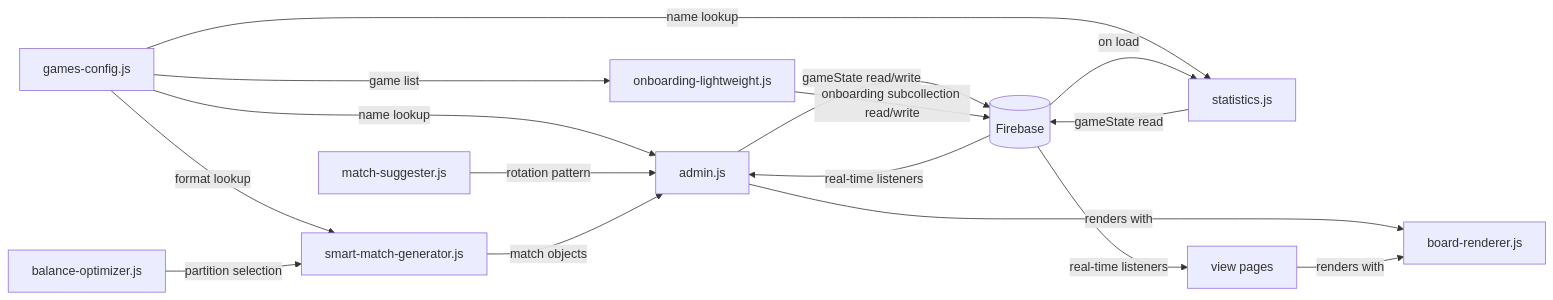
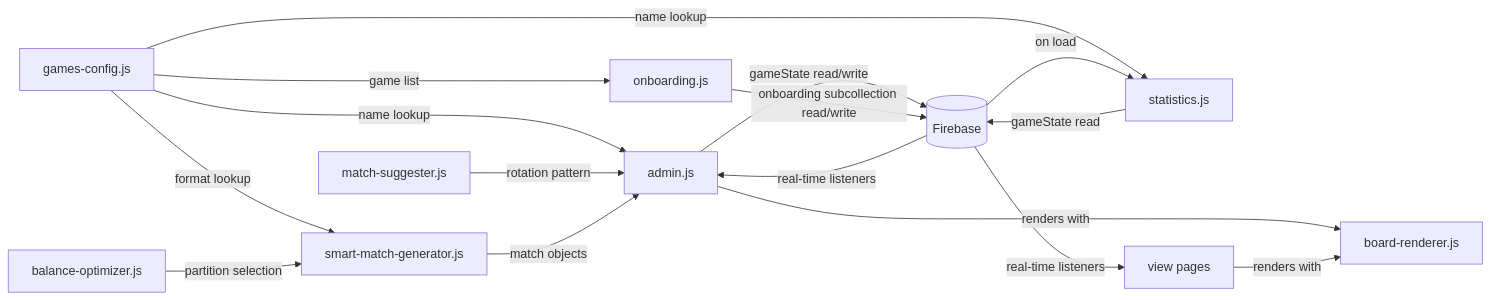
One commit to LNiitlahti/BoardGame changed the fourth of 5 diagrams in BoardGame/docs/architecture/cross-system.md. Above: the diagram before and after it, drawn with Mermaid. The commit also changed other lines of this file and 11 other files, not shown here.

````diff
--- a/BoardGame/docs/architecture/cross-system.md
+++ b/BoardGame/docs/architecture/cross-system.md
@@ -90,22 +90,22 @@
 ```mermaid
 graph LR
     GC[games-config.js] -->|format lookup| SMG[smart-match-generator.js]
     GC -->|name lookup| ADM[admin.js]
     GC -->|name lookup| ST[statistics.js]
-    GC -->|game list| OB[onboarding-lightweight.js]
+    GC -->|game list| OB[onboarding.js]
 
     BO[balance-optimizer.js] -->|partition selection| SMG
     MS[match-suggester.js] -->|rotation pattern| ADM
 
     SMG -->|match objects| ADM
     ADM -->|gameState read/write| FB[(Firebase)]
     ST -->|gameState read| FB
     OB -->|onboarding subcollection read/write| FB
 
     FB -->|real-time listeners| ADM
     FB -->|real-time listeners| VIEW[view pages]
     FB -->|on load| ST
 
     ADM -->|renders with| BR[board-renderer.js]
     VIEW -->|renders with| BR
 ```
````
